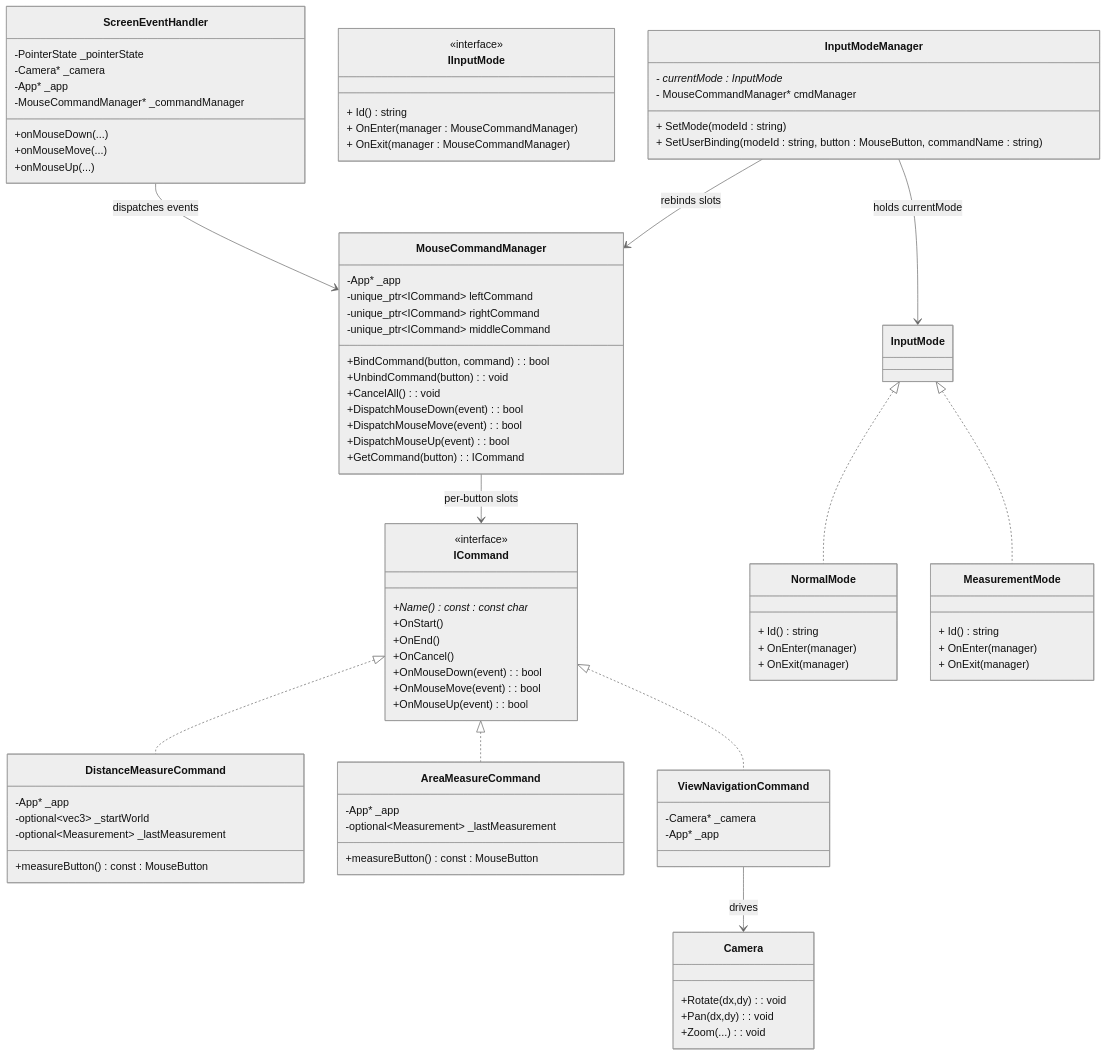
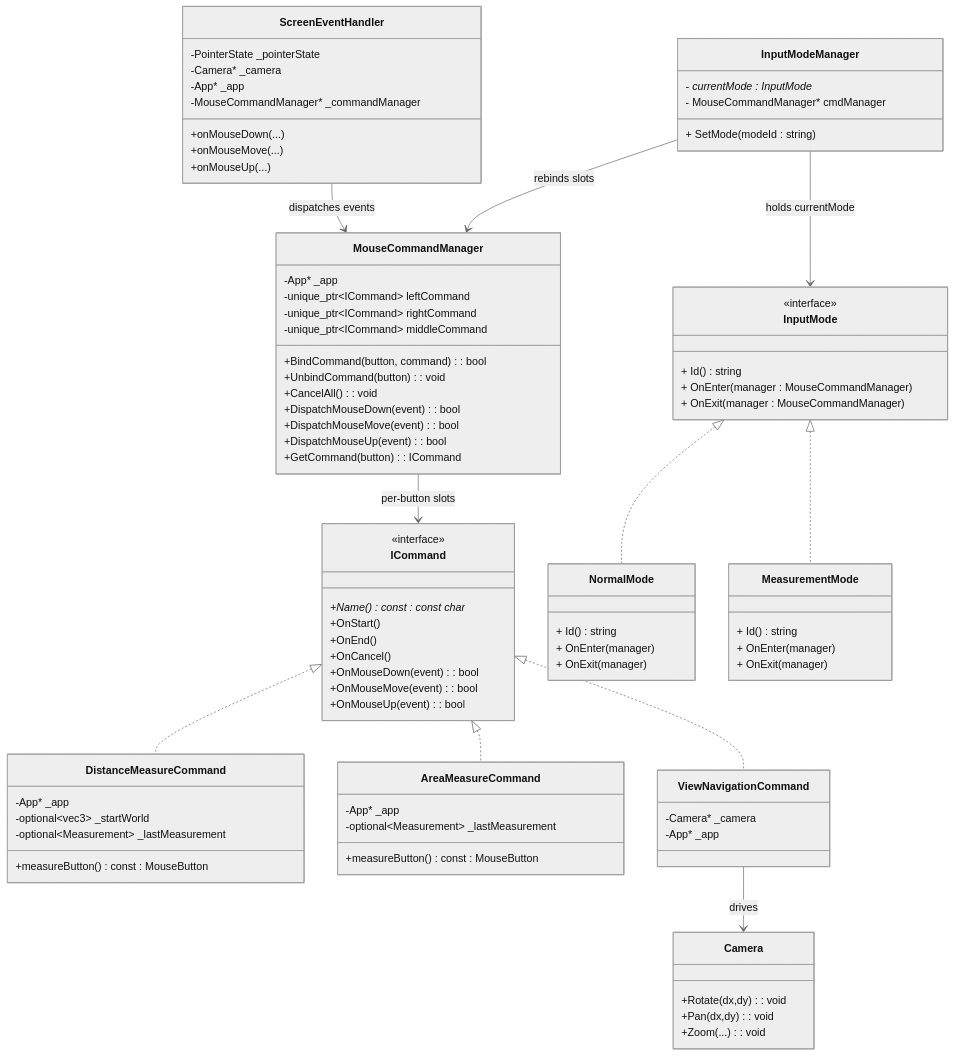
One commit to vfa-khaidt1/vfa-cdn changed the second of 4 diagrams in GraphV3.md. Above: the diagram before and after it, drawn with Mermaid (neutral theme).

```diff
--- a/GraphV3.md
+++ b/GraphV3.md
@@ -94,7 +94,7 @@
         +Zoom(...): void
     }
 
-    class IInputMode {
+    class InputMode {
         <<interface>>
         + Id() string
         + OnEnter(manager : MouseCommandManager)
@@ -117,7 +117,6 @@
         - currentMode : InputMode*
         - MouseCommandManager* cmdManager
         + SetMode(modeId : string)
-        + SetUserBinding(modeId : string, button : MouseButton, commandName : string)
     }
 
     ICommand <|.. DistanceMeasureCommand
```
